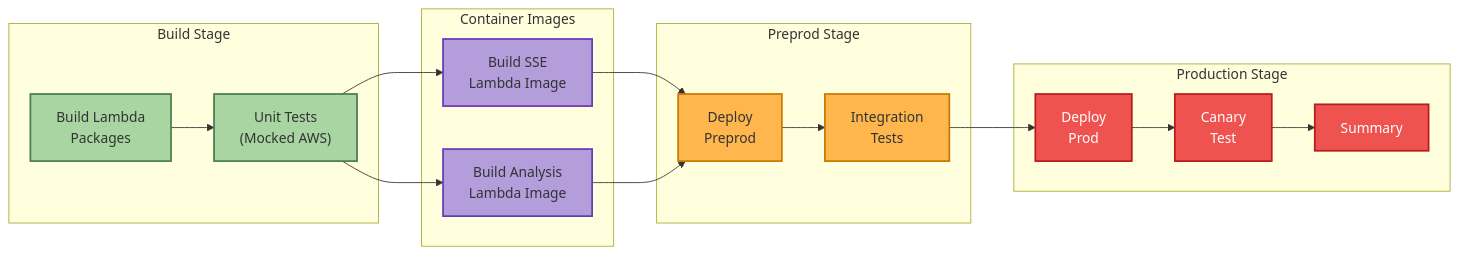
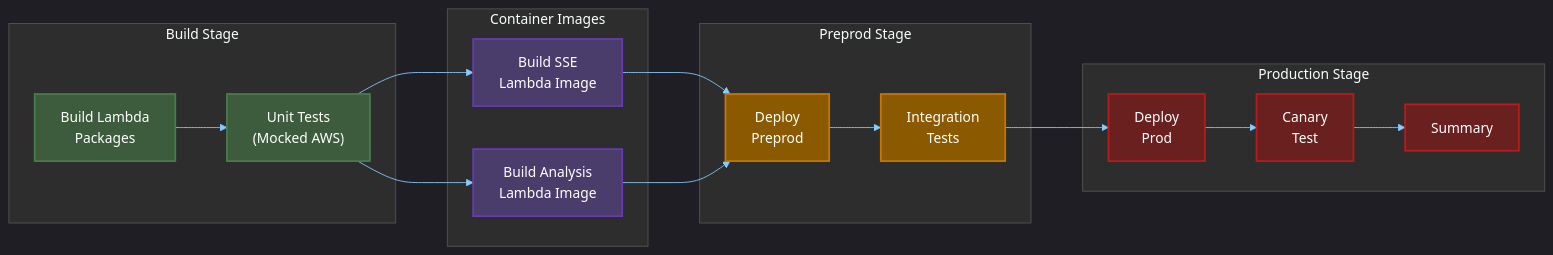
The first of 5 diagrams in README.md (traylorre/sentiment-analyzer-gsk), drawn with Mermaid before and after one commit. The commit also changed other lines of this file and 2 other files, not shown here.

First line of the commit message:
feat(docs): Apply dark theme to mermaid diagrams for readability

````diff
--- a/README.md
+++ b/README.md
@@ -18,43 +18,44 @@
 ```mermaid
+%%{init: {"theme": "dark", "themeVariables": {"primaryColor": "#4A90A4", "tertiaryColor": "#2d2d2d", "lineColor": "#88CCFF", "primaryTextColor": "#FFFFFF", "clusterBkg": "#2d2d2d", "clusterBorder": "#555555"}, "flowchart": {"curve": "basis", "nodeSpacing": 50, "rankSpacing": 60}}}%%
 flowchart LR
     subgraph Build["Build Stage"]
         build["Build Lambda<br/>Packages"]
         test["Unit Tests<br/>(Mocked AWS)"]
     end
 
     subgraph Images["Container Images"]
         sse_img["Build SSE<br/>Lambda Image"]
         analysis_img["Build Analysis<br/>Lambda Image"]
     end
 
     subgraph Preprod["Preprod Stage"]
         deploy_preprod["Deploy<br/>Preprod"]
         test_preprod["Integration<br/>Tests"]
     end
 
     subgraph Prod["Production Stage"]
         deploy_prod["Deploy<br/>Prod"]
         canary["Canary<br/>Test"]
         summary["Summary"]
     end
 
     build --> test
     test --> sse_img
     test --> analysis_img
     sse_img --> deploy_preprod
     analysis_img --> deploy_preprod
     deploy_preprod --> test_preprod
     test_preprod --> deploy_prod
     deploy_prod --> canary
     canary --> summary
 
-    classDef buildNode fill:#a8d5a2,stroke:#4a7c4e,stroke-width:2px
-    classDef imageNode fill:#b39ddb,stroke:#673ab7,stroke-width:2px
-    classDef preprodNode fill:#ffb74d,stroke:#c77800,stroke-width:2px
-    classDef prodNode fill:#ef5350,stroke:#b71c1c,stroke-width:2px,color:#fff
+    classDef buildNode fill:#3D5C3D,stroke:#4a7c4e,stroke-width:2px,color:#FFFFFF
+    classDef imageNode fill:#4A3D6B,stroke:#673ab7,stroke-width:2px,color:#FFFFFF
+    classDef preprodNode fill:#8B5A00,stroke:#c77800,stroke-width:2px,color:#FFFFFF
+    classDef prodNode fill:#6B2020,stroke:#b71c1c,stroke-width:2px,color:#FFFFFF
 
     class build,test buildNode
     class sse_img,analysis_img imageNode
     class deploy_preprod,test_preprod preprodNode
     class deploy_prod,canary,summary prodNode
 ```
````
